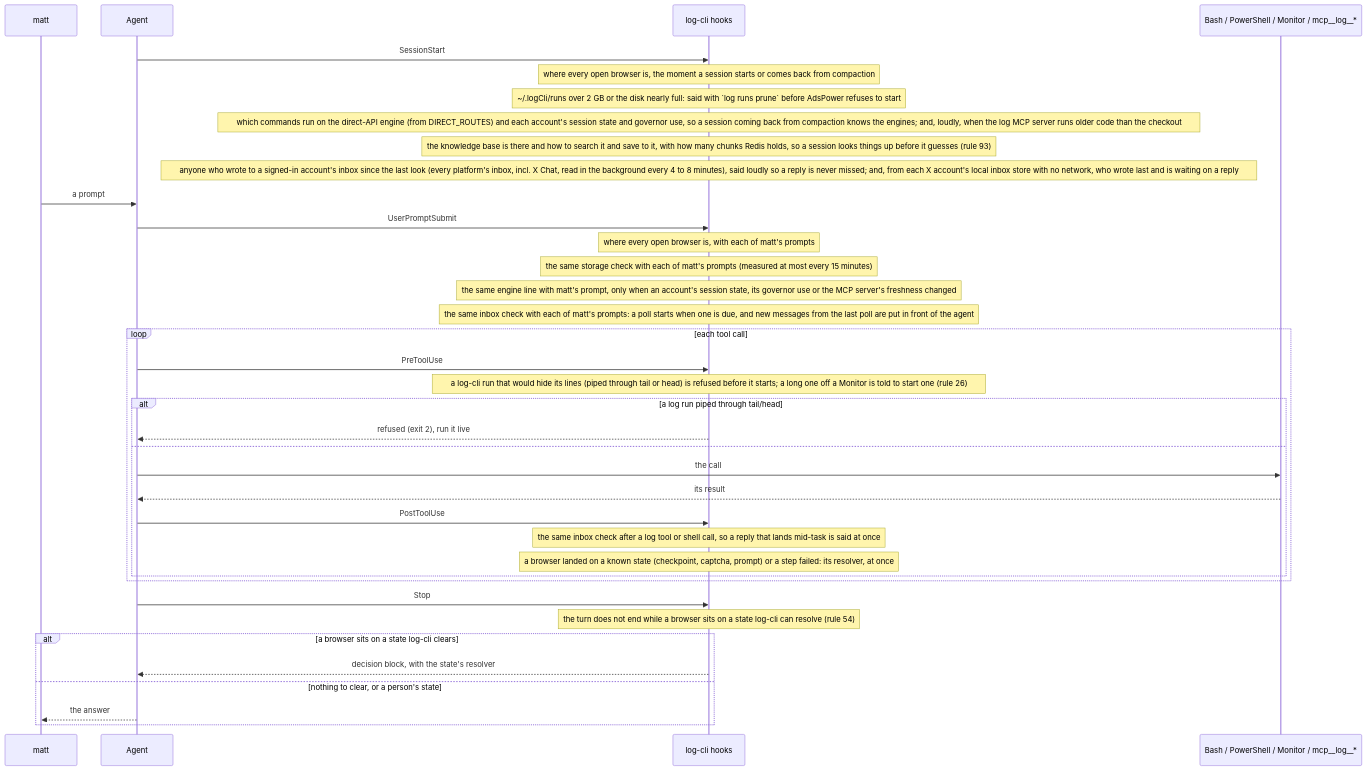
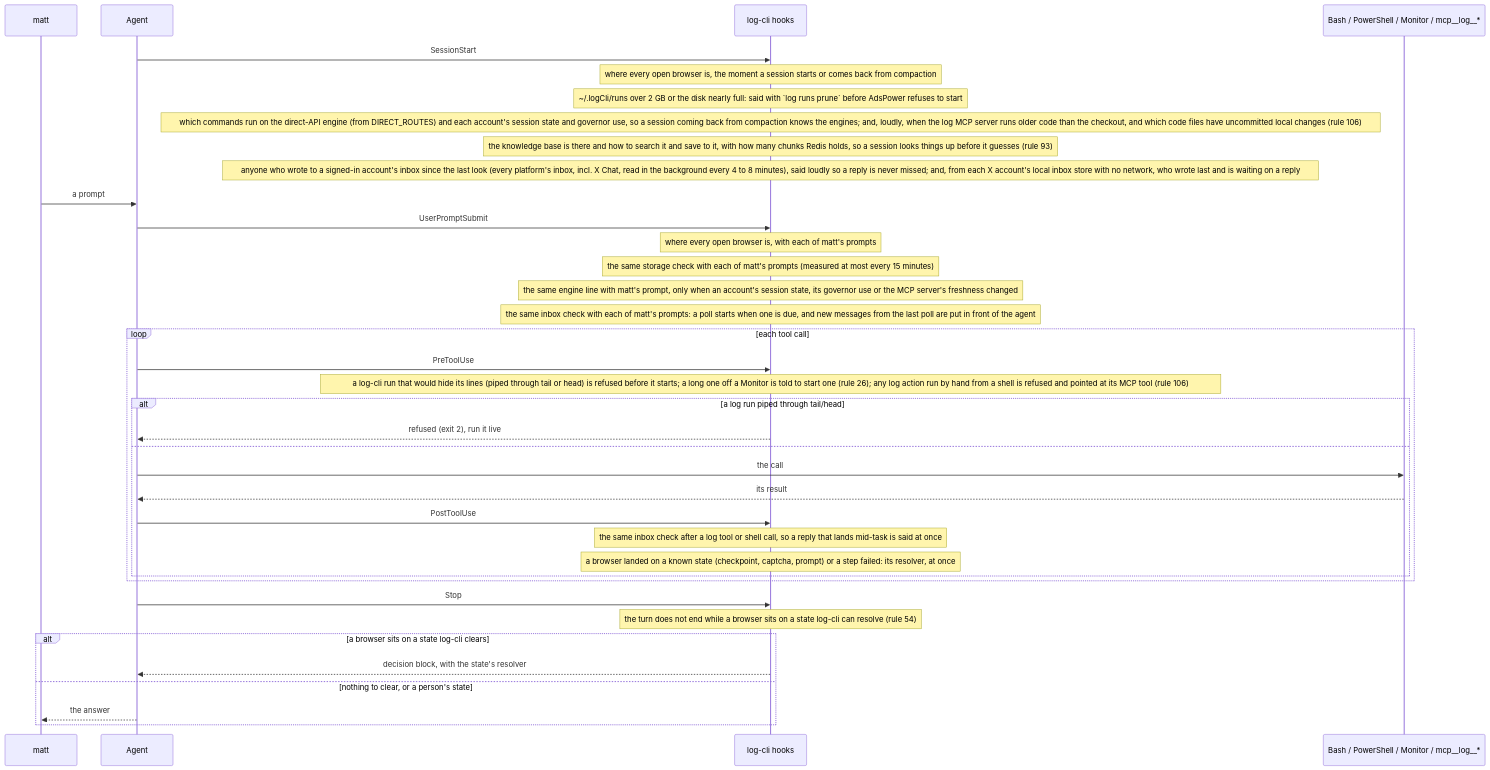
One commit to matthewdonsemail-lab/log changed the fifth of 6 diagrams in docs/reference.md. Above: the diagram before and after it, drawn with Mermaid. The commit also changed other lines of this file and 13 other files, not shown here.

Commit message:
feat: log actions only through the MCP; uncommitted local changes said loudly (rule 106)

````diff
--- a/docs/reference.md
+++ b/docs/reference.md
@@ -614,39 +614,39 @@
 ```mermaid
 sequenceDiagram
   participant matt
   participant Agent
   participant Hook as log-cli hooks
   participant Tool as Bash / PowerShell / Monitor / mcp__log__*
   Agent->>Hook: SessionStart
   Note over Hook: where every open browser is, the moment a session starts or comes back from compaction
   Note over Hook: ~/.logCli/runs over 2 GB or the disk nearly full: said with `log runs prune` before AdsPower refuses to start
-  Note over Hook: which commands run on the direct-API engine (from DIRECT_ROUTES) and each account's session state and governor use, so a session coming back from compaction knows the engines#59; and, loudly, when the log MCP server runs older code than the checkout
+  Note over Hook: which commands run on the direct-API engine (from DIRECT_ROUTES) and each account's session state and governor use, so a session coming back from compaction knows the engines#59; and, loudly, when the log MCP server runs older code than the checkout, and which code files have uncommitted local changes (rule 106)
   Note over Hook: the knowledge base is there and how to search it and save to it, with how many chunks Redis holds, so a session looks things up before it guesses (rule 93)
   Note over Hook: anyone who wrote to a signed-in account's inbox since the last look (every platform's inbox, incl. X Chat, read in the background every 4 to 8 minutes), said loudly so a reply is never missed#59; and, from each X account's local inbox store with no network, who wrote last and is waiting on a reply
   matt->>Agent: a prompt
   Agent->>Hook: UserPromptSubmit
   Note over Hook: where every open browser is, with each of matt's prompts
   Note over Hook: the same storage check with each of matt's prompts (measured at most every 15 minutes)
   Note over Hook: the same engine line with matt's prompt, only when an account's session state, its governor use or the MCP server's freshness changed
   Note over Hook: the same inbox check with each of matt's prompts: a poll starts when one is due, and new messages from the last poll are put in front of the agent
   loop each tool call
     Agent->>Hook: PreToolUse
-    Note over Hook: a log-cli run that would hide its lines (piped through tail or head) is refused before it starts#59; a long one off a Monitor is told to start one (rule 26)
+    Note over Hook: a log-cli run that would hide its lines (piped through tail or head) is refused before it starts#59; a long one off a Monitor is told to start one (rule 26)#59; any log action run by hand from a shell is refused and pointed at its MCP tool (rule 106)
     alt a log run piped through tail/head
       Hook-->>Agent: refused (exit 2), run it live
     else
       Agent->>Tool: the call
       Tool-->>Agent: its result
       Agent->>Hook: PostToolUse
     Note over Hook: the same inbox check after a log tool or shell call, so a reply that lands mid-task is said at once
     Note over Hook: a browser landed on a known state (checkpoint, captcha, prompt) or a step failed: its resolver, at once
     end
   end
   Agent->>Hook: Stop
   Note over Hook: the turn does not end while a browser sits on a state log-cli can resolve (rule 54)
   alt a browser sits on a state log-cli clears
     Hook-->>Agent: decision block, with the state's resolver
   else nothing to clear, or a person's state
     Agent-->>matt: the answer
   end
 ```
````
